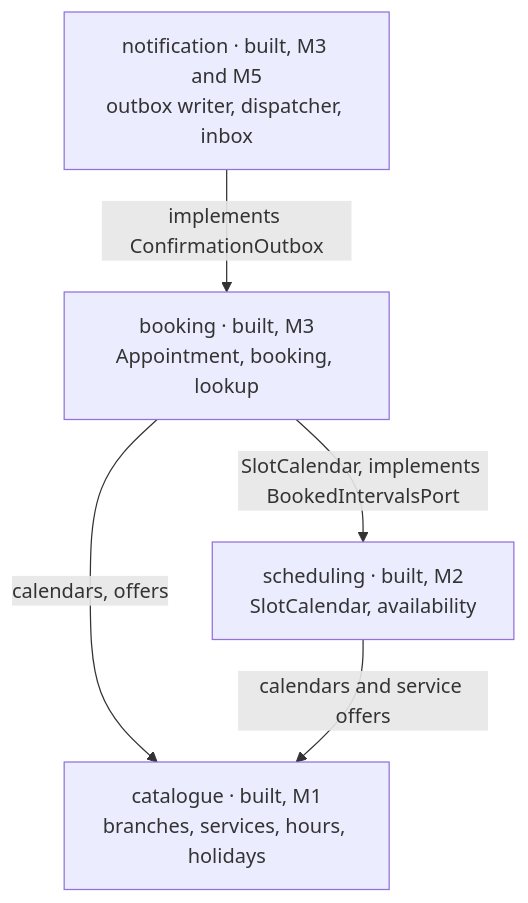
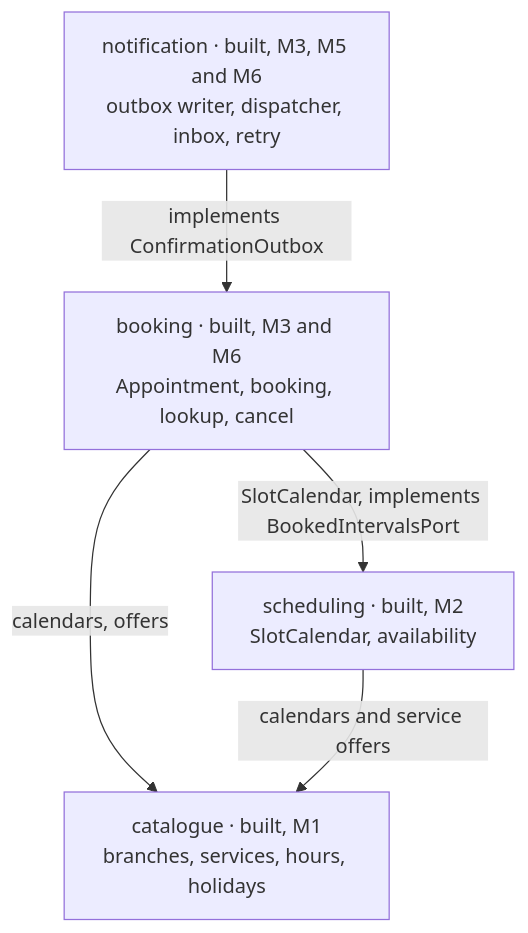
One commit to KatlehoKomeke/Appointment-Booking-System changed the second of 5 diagrams in docs/architecture.md. Above: the diagram before and after it, drawn with Mermaid. The commit also changed other lines of this file and 7 other files, not shown here.

````diff
--- a/docs/architecture.md
+++ b/docs/architecture.md
@@ -120,11 +131,11 @@
 ```mermaid
 flowchart TB
-    notification["notification · built, M3 and M5<br/>outbox writer, dispatcher, inbox"]
-    booking["booking · built, M3<br/>Appointment, booking, lookup"]
+    notification["notification · built, M3, M5 and M6<br/>outbox writer, dispatcher, inbox, retry"]
+    booking["booking · built, M3 and M6<br/>Appointment, booking, lookup, cancel"]
     scheduling["scheduling · built, M2<br/>SlotCalendar, availability"]
     catalogue["catalogue · built, M1<br/>branches, services, hours, holidays"]
     notification -- "implements ConfirmationOutbox" --> booking
     booking -- "SlotCalendar, implements BookedIntervalsPort" --> scheduling
     booking -- "calendars, offers" --> catalogue
     scheduling -- "calendars and service offers" --> catalogue
 ```
````
